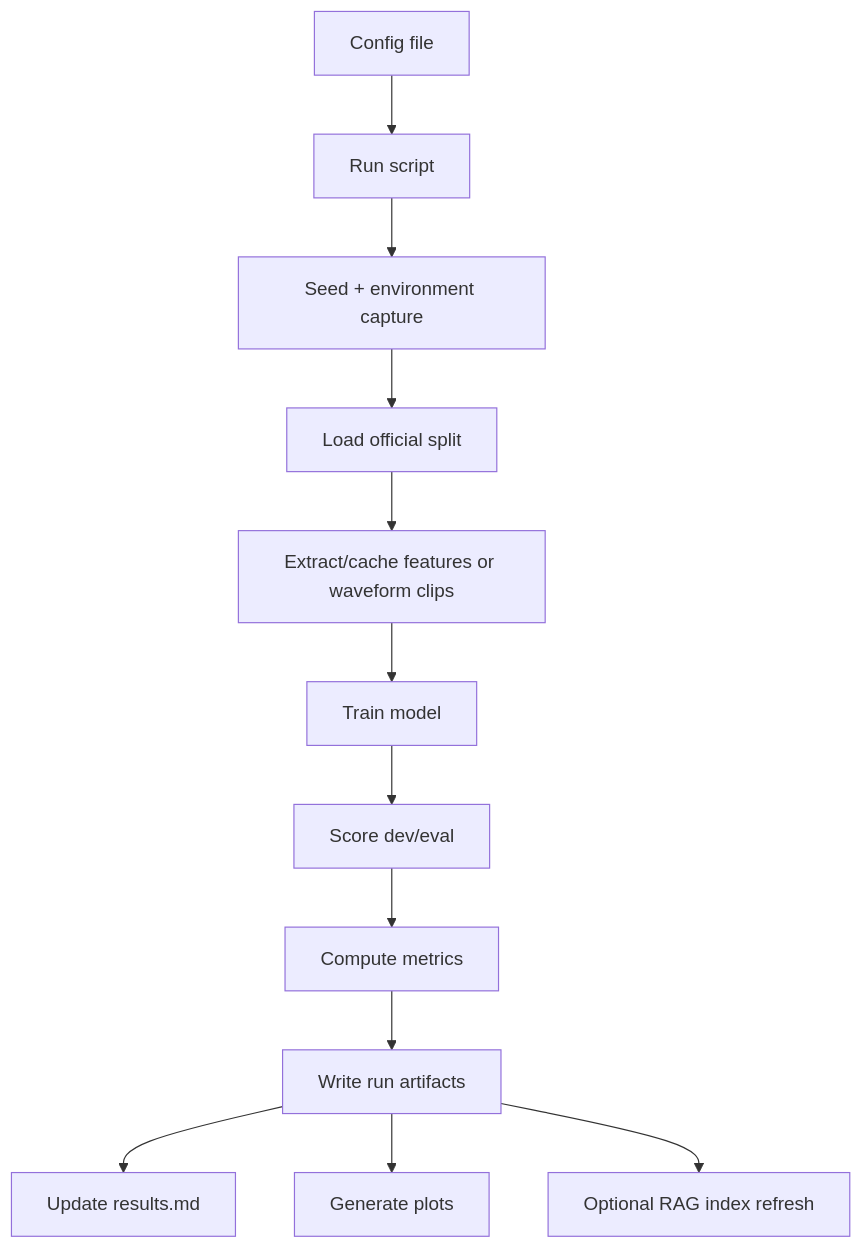
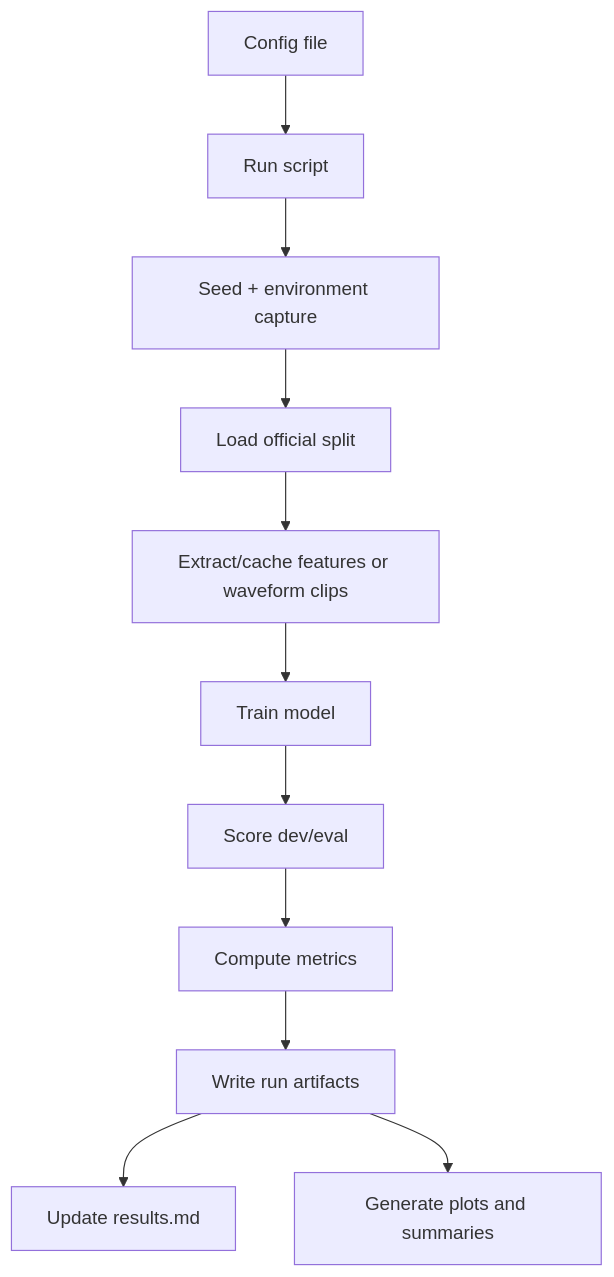
One commit to KrisDcosta/antispoof changed the second of 2 diagrams in plan.md. Above: the diagram before and after it, drawn with Mermaid. The commit also changed other lines of this file and 2 other files, not shown here.

````diff
--- a/plan.md
+++ b/plan.md
@@ -141,14 +100,13 @@
 ```mermaid
 flowchart TD
   A["Config file"] --> B["Run script"]
   B --> C["Seed + environment capture"]
   C --> D["Load official split"]
   D --> E["Extract/cache features or waveform clips"]
   E --> F["Train model"]
   F --> G["Score dev/eval"]
   G --> H["Compute metrics"]
   H --> I["Write run artifacts"]
   I --> J["Update results.md"]
-  I --> K["Generate plots"]
-  I --> L["Optional RAG index refresh"]
+  I --> K["Generate plots and summaries"]
 ```
````
